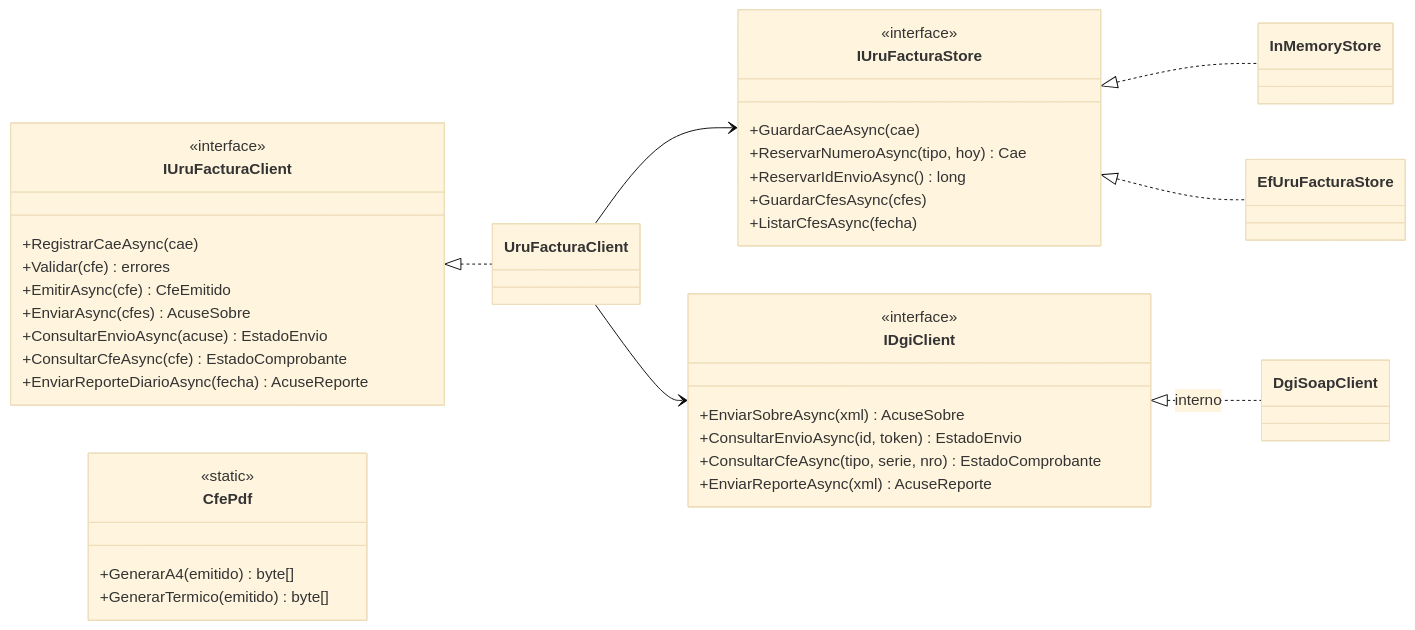
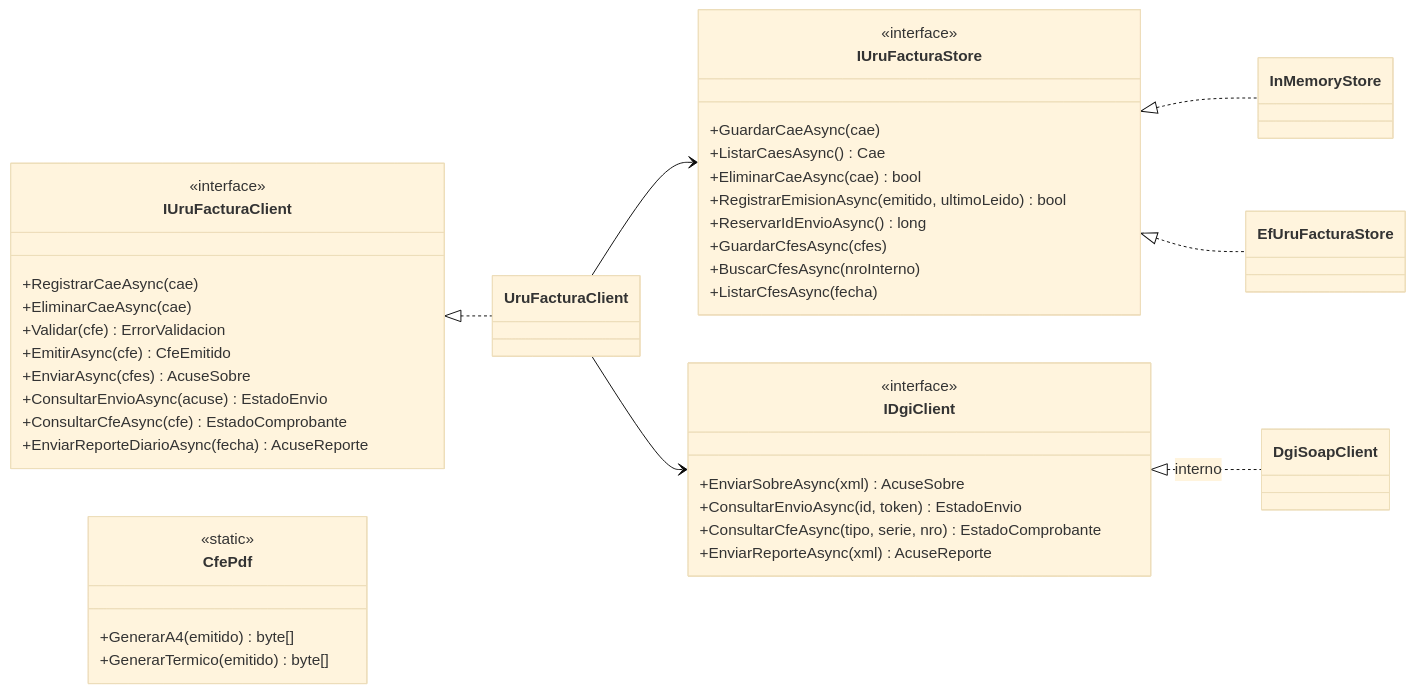
The seventh of 7 diagrams in landing/src/content/docs/guides/workflows.mdx (MathiasGonzalez/UruFactura), drawn with Mermaid (base theme) before and after one commit. The commit also changed other lines of this file and 60 other files, not shown here.

````diff
--- a/landing/src/content/docs/guides/workflows.mdx
+++ b/landing/src/content/docs/guides/workflows.mdx
@@ -165,45 +165,49 @@
 ```mermaid
 classDiagram
     direction LR
 
     class IUruFacturaClient {
         <<interface>>
         +RegistrarCaeAsync(cae)
-        +Validar(cfe) errores
+        +EliminarCaeAsync(cae)
+        +Validar(cfe) ErrorValidacion
         +EmitirAsync(cfe) CfeEmitido
         +EnviarAsync(cfes) AcuseSobre
         +ConsultarEnvioAsync(acuse) EstadoEnvio
         +ConsultarCfeAsync(cfe) EstadoComprobante
         +EnviarReporteDiarioAsync(fecha) AcuseReporte
     }
 
     class IUruFacturaStore {
         <<interface>>
         +GuardarCaeAsync(cae)
-        +ReservarNumeroAsync(tipo, hoy) Cae
+        +ListarCaesAsync() Cae
+        +EliminarCaeAsync(cae) bool
+        +RegistrarEmisionAsync(emitido, ultimoLeido) bool
         +ReservarIdEnvioAsync() long
         +GuardarCfesAsync(cfes)
+        +BuscarCfesAsync(nroInterno)
         +ListarCfesAsync(fecha)
     }
 
     class IDgiClient {
         <<interface>>
         +EnviarSobreAsync(xml) AcuseSobre
         +ConsultarEnvioAsync(id, token) EstadoEnvio
         +ConsultarCfeAsync(tipo, serie, nro) EstadoComprobante
         +EnviarReporteAsync(xml) AcuseReporte
     }
 
     class CfePdf {
         <<static>>
         +GenerarA4(emitido) byte[]
         +GenerarTermico(emitido) byte[]
     }
 
     IUruFacturaClient <|.. UruFacturaClient
     UruFacturaClient --> IUruFacturaStore
     UruFacturaClient --> IDgiClient
     IUruFacturaStore <|.. InMemoryStore
     IUruFacturaStore <|.. EfUruFacturaStore
     IDgiClient <|.. DgiSoapClient : interno
 ```
````
